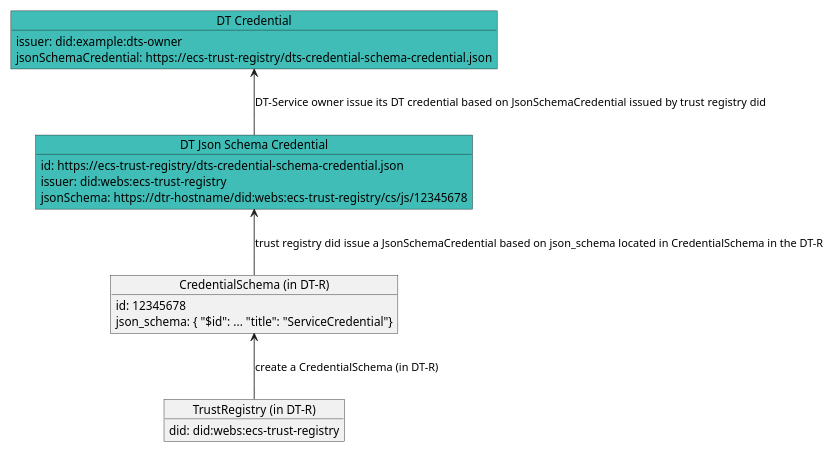
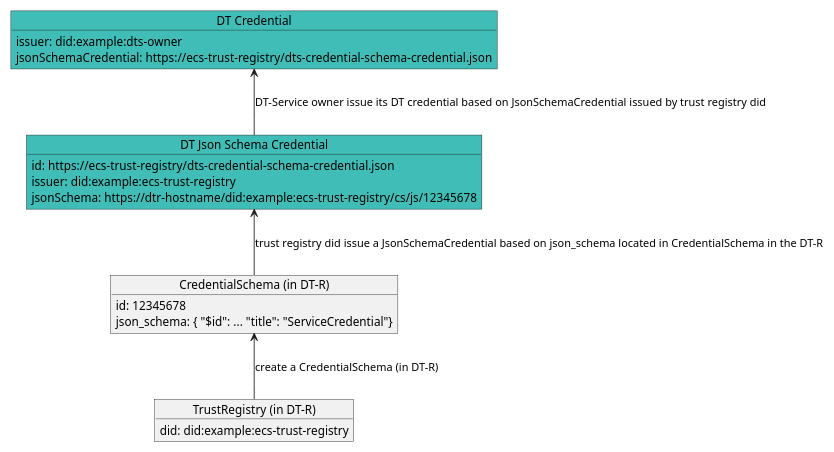
The diagram in spec.md (verana-labs/verifiable-trust-spec), drawn with PlantUML before and after one commit. The commit also changed other lines of this file, not shown here.

Commit message:
updated did method to did:example

````diff
--- a/spec.md
+++ b/spec.md
@@ -626,29 +626,29 @@
 ```plantuml
 
 @startuml
 scale max 800 width
 object "TrustRegistry (in DT-R)" as tr {
-  did: did:webs:ecs-trust-registry
+  did: did:example:ecs-trust-registry
 }
 object "CredentialSchema (in DT-R)" as cs {
   id: 12345678
   json_schema: { "$id": ... "title": "ServiceCredential"}
 }
 object "DT Json Schema Credential" as jsc #3fbdb6 {
   id: https://ecs-trust-registry/dts-credential-schema-credential.json
-  issuer: did:webs:ecs-trust-registry
-  jsonSchema: https://dtr-hostname/did:webs:ecs-trust-registry/cs/js/12345678
+  issuer: did:example:ecs-trust-registry
+  jsonSchema: https://dtr-hostname/did:example:ecs-trust-registry/cs/js/12345678
 }
 
 object "DT Credential" as dtscred #3fbdb6 {
   issuer: did:example:dts-owner
   jsonSchemaCredential: https://ecs-trust-registry/dts-credential-schema-credential.json
 }
 
 cs <-- tr : create a CredentialSchema (in DT-R)
 jsc <-- cs : trust registry did issue a JsonSchemaCredential based on json_schema located in CredentialSchema in the DT-R
 dtscred <-- jsc: DT-Service owner issue its DT credential based on JsonSchemaCredential issued by trust registry did
 
 @enduml
 
 ```
````
